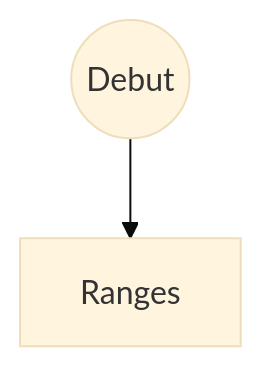
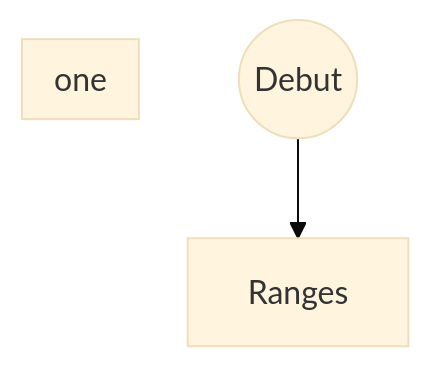
One commit to ilovepkr/beautiful-jekyll changed the diagram in _posts/2018-09-01-start.md. Above: the diagram before and after it, drawn with Mermaid (base theme). The commit also changed other lines of this file, not shown here.

Commit message:
_posts/2018-09-01-start.md updated from https://stackedit.io/

````diff
--- a/_posts/2018-09-01-start.md
+++ b/_posts/2018-09-01-start.md
@@ -62,4 +62,6 @@
 ```mermaid
 graph TB
 A((Debut)) --> Ranges
+subgraph one
+end
 ```
````
